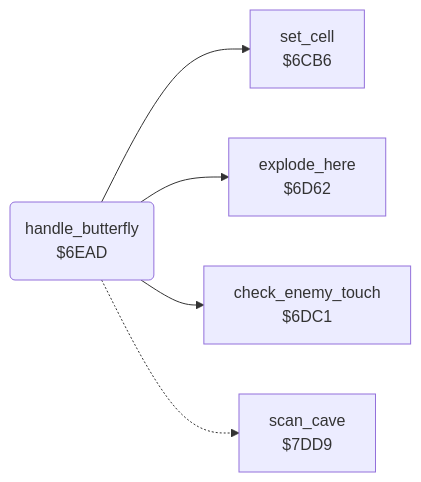
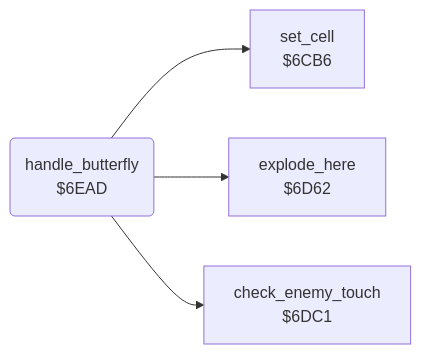
Before and after one commit to henols/c64_games: the diagram in boulder_dash/v1/docs/reference/modules/engine/butterfly.md, drawn with Mermaid. The commit also changed other lines of this file and 1100 other files, not shown here.

````diff
--- a/boulder_dash/v1/docs/reference/modules/engine/butterfly.md
+++ b/boulder_dash/v1/docs/reference/modules/engine/butterfly.md
@@ -10,12 +16,10 @@
 ```mermaid
 flowchart LR
   n6cb6["set_cell<br/>$6CB6"]
   n6d62["explode_here<br/>$6D62"]
   n6dc1["check_enemy_touch<br/>$6DC1"]
   n6ead("handle_butterfly<br/>$6EAD")
-  n7dd9["scan_cave<br/>$7DD9"]
   n6ead --> n6cb6
   n6ead --> n6d62
   n6ead --> n6dc1
-  n6ead -.-> n7dd9
 ```
````
